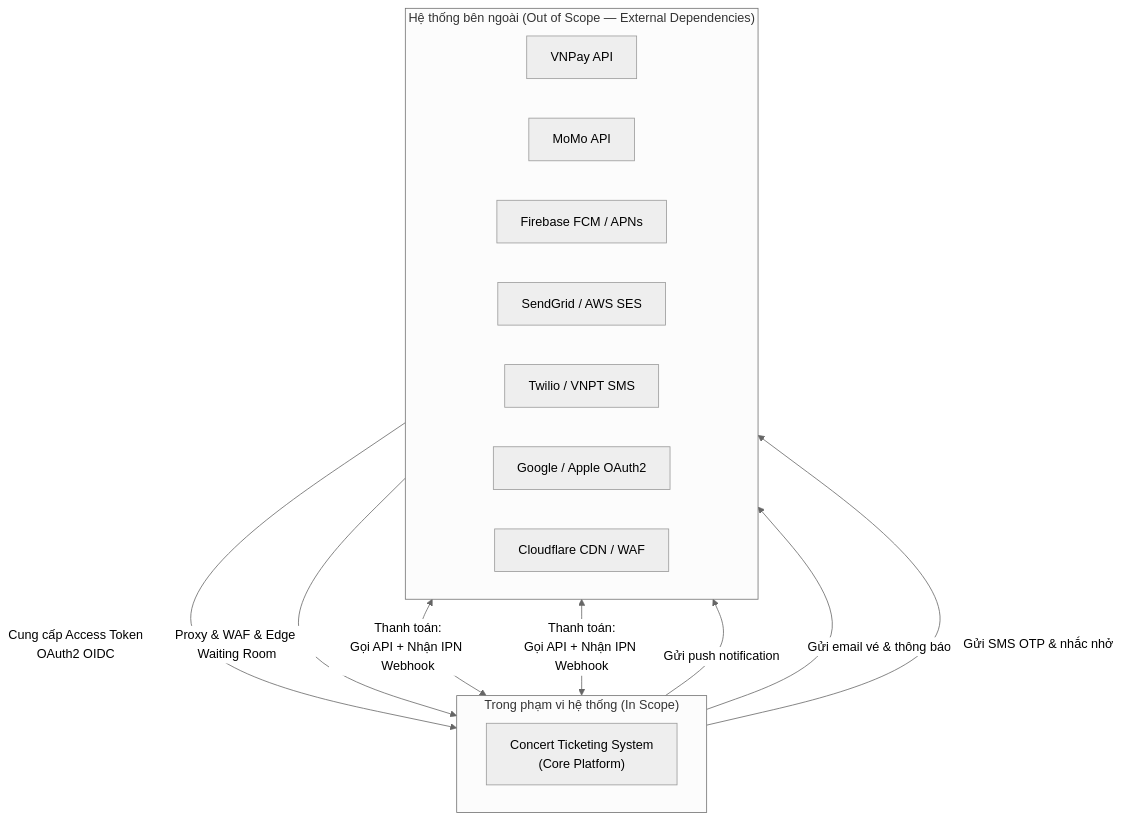
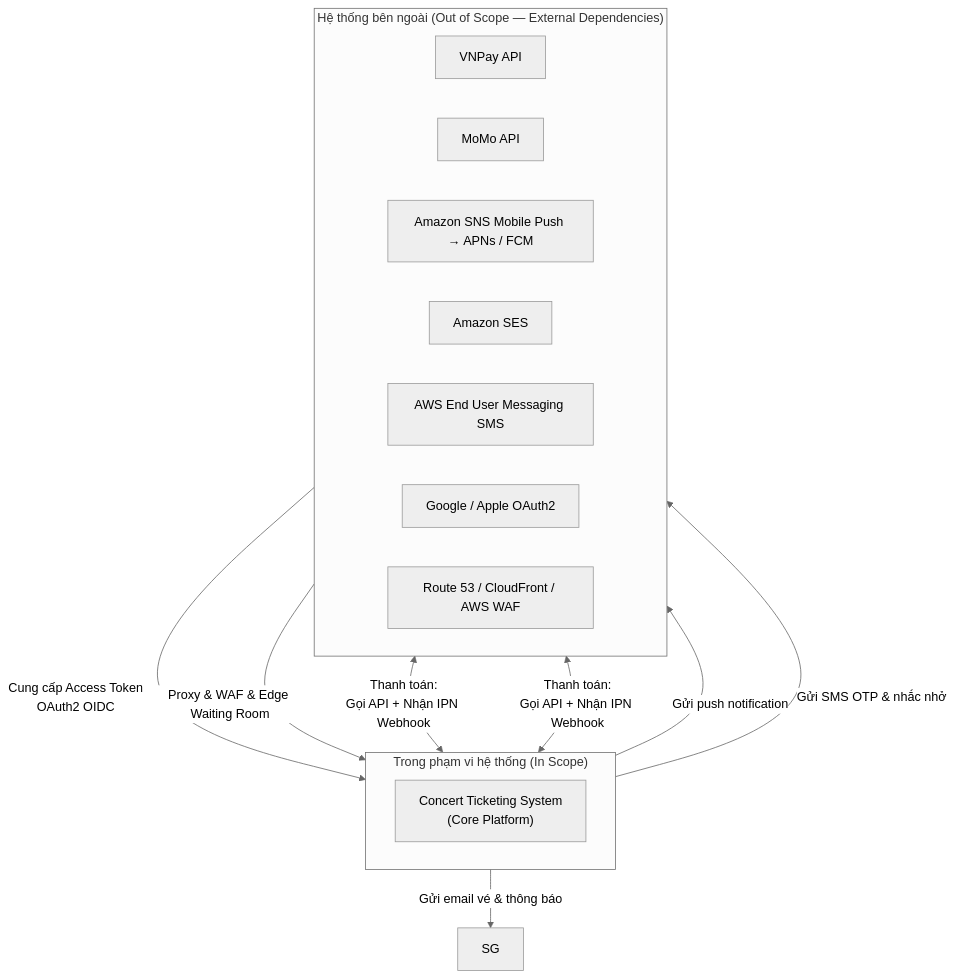
One commit to toanteng11/concert-ticketing-docs changed the fifth of 5 diagrams in business-analysis/01_Business_Overview/01_Business_Context_And_System_Scope.md. Above: the diagram before and after it, drawn with Mermaid (neutral theme). The commit also changed other lines of this file and 43 other files, not shown here.

````diff
--- a/business-analysis/01_Business_Overview/01_Business_Context_And_System_Scope.md
+++ b/business-analysis/01_Business_Overview/01_Business_Context_And_System_Scope.md
@@ -209,26 +209,26 @@
 ```mermaid
 graph TB
     subgraph IN["Trong phạm vi hệ thống (In Scope)"]
         direction LR
         CTS["Concert Ticketing System\n(Core Platform)"]
     end
 
     subgraph EXT["Hệ thống bên ngoài (Out of Scope — External Dependencies)"]
         direction LR
         VNP["VNPay API"]
         MOM["MoMo API"]
-        FCM["Firebase FCM / APNs"]
-        SG["SendGrid / AWS SES"]
-        SMS["Twilio / VNPT SMS"]
+        SNS["Amazon SNS Mobile Push → APNs / FCM"]
+        SES["Amazon SES"]
+        SMS["AWS End User Messaging SMS"]
         GG["Google / Apple OAuth2"]
-        CF["Cloudflare CDN / WAF"]
+        CF["Route 53 / CloudFront / AWS WAF"]
     end
 
     CTS <-->|"Thanh toán:\nGọi API + Nhận IPN Webhook"| VNP
     CTS <-->|"Thanh toán:\nGọi API + Nhận IPN Webhook"| MOM
-    CTS -->|"Gửi push notification"| FCM
+    CTS -->|"Gửi push notification"| SNS
     CTS -->|"Gửi email vé & thông báo"| SG
     CTS -->|"Gửi SMS OTP & nhắc nhở"| SMS
     GG -->|"Cung cấp Access Token\nOAuth2 OIDC"| CTS
     CF -->|"Proxy & WAF & Edge Waiting Room"| CTS
 ```
````
